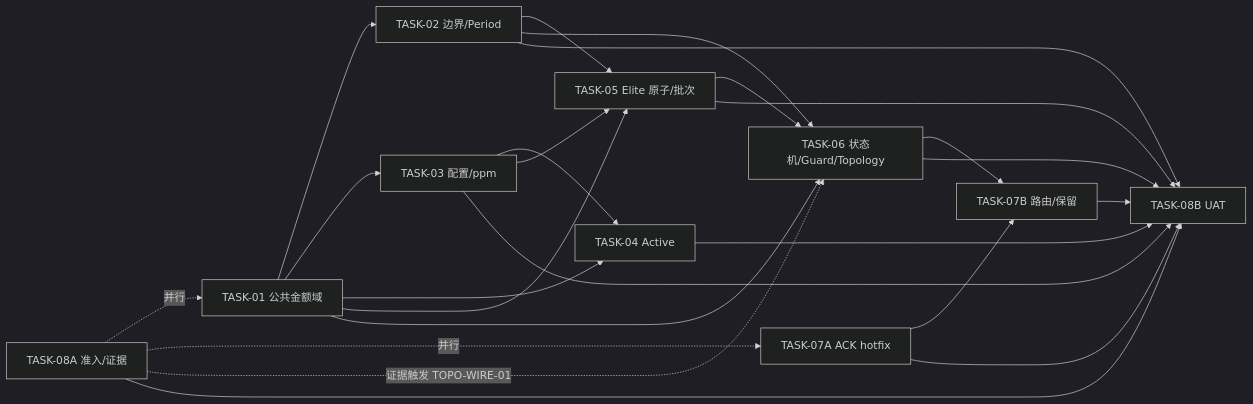
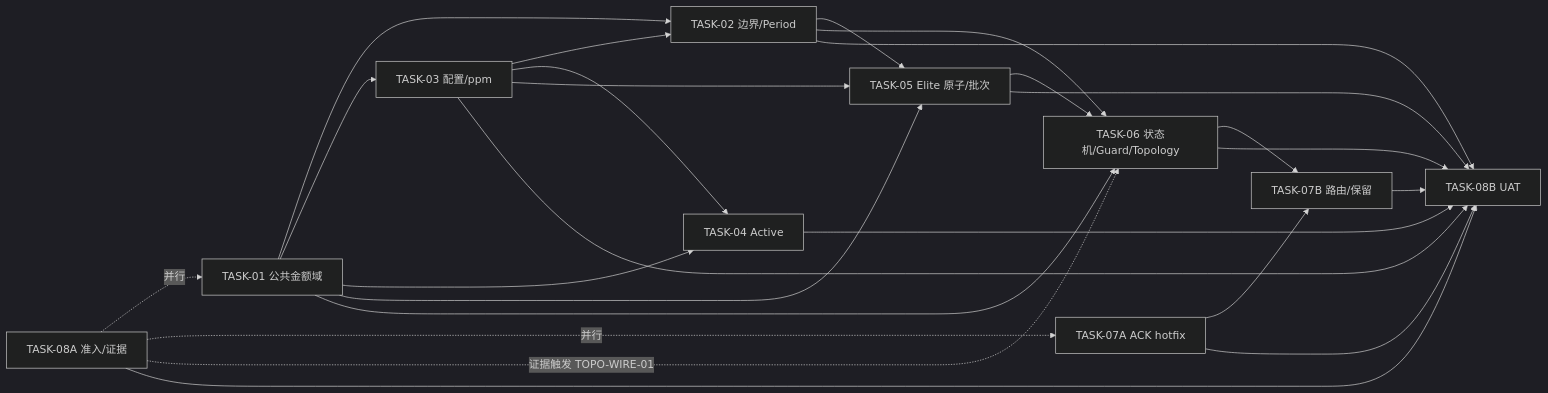
Before and after one commit to l343765828/Redemption: the diagram in Doc4/PVAM_全链路第九轮终局审计整改终稿_v9/03_MODPLAN/MODPLAN-PVAM_v1.2_终稿修改方案套件/MODPLAN-PVAM_v1.2_完整套件全文.md, drawn with Mermaid (dark theme). The commit also changed other lines of this file and 15 other files, not shown here.

````diff
--- a/Doc4/PVAM_全链路第九轮终局审计整改终稿_v9/03_MODPLAN/MODPLAN-PVAM_v1.2_终稿修改方案套件/MODPLAN-PVAM_v1.2_完整套件全文.md
+++ b/Doc4/PVAM_全链路第九轮终局审计整改终稿_v9/03_MODPLAN/MODPLAN-PVAM_v1.2_终稿修改方案套件/MODPLAN-PVAM_v1.2_完整套件全文.md
@@ -217,37 +217,38 @@
 ```mermaid
 flowchart LR
     T08A["TASK-08A 准入/证据"]
     T01["TASK-01 公共金额域"]
     T07A["TASK-07A ACK hotfix"]
     T02["TASK-02 边界/Period"]
     T03["TASK-03 配置/ppm"]
     T04["TASK-04 Active"]
     T05["TASK-05 Elite 原子/批次"]
     T06["TASK-06 状态机/Guard/Topology"]
     T07B["TASK-07B 路由/保留"]
     T08B["TASK-08B UAT"]
 
     T08A -.并行.-> T01
     T08A -.并行.-> T07A
     T01 --> T02
     T01 --> T03
+    T03 --> T02
     T01 --> T04
     T03 --> T04
     T01 --> T05
     T02 --> T05
     T03 --> T05
     T01 --> T06
     T02 --> T06
     T05 --> T06
     T08A -.证据触发 TOPO-WIRE-01.-> T06
     T07A --> T07B
     T06 --> T07B
     T02 --> T08B
     T03 --> T08B
     T04 --> T08B
     T05 --> T08B
     T06 --> T08B
     T07A --> T08B
     T07B --> T08B
     T08A --> T08B
 ```
````
